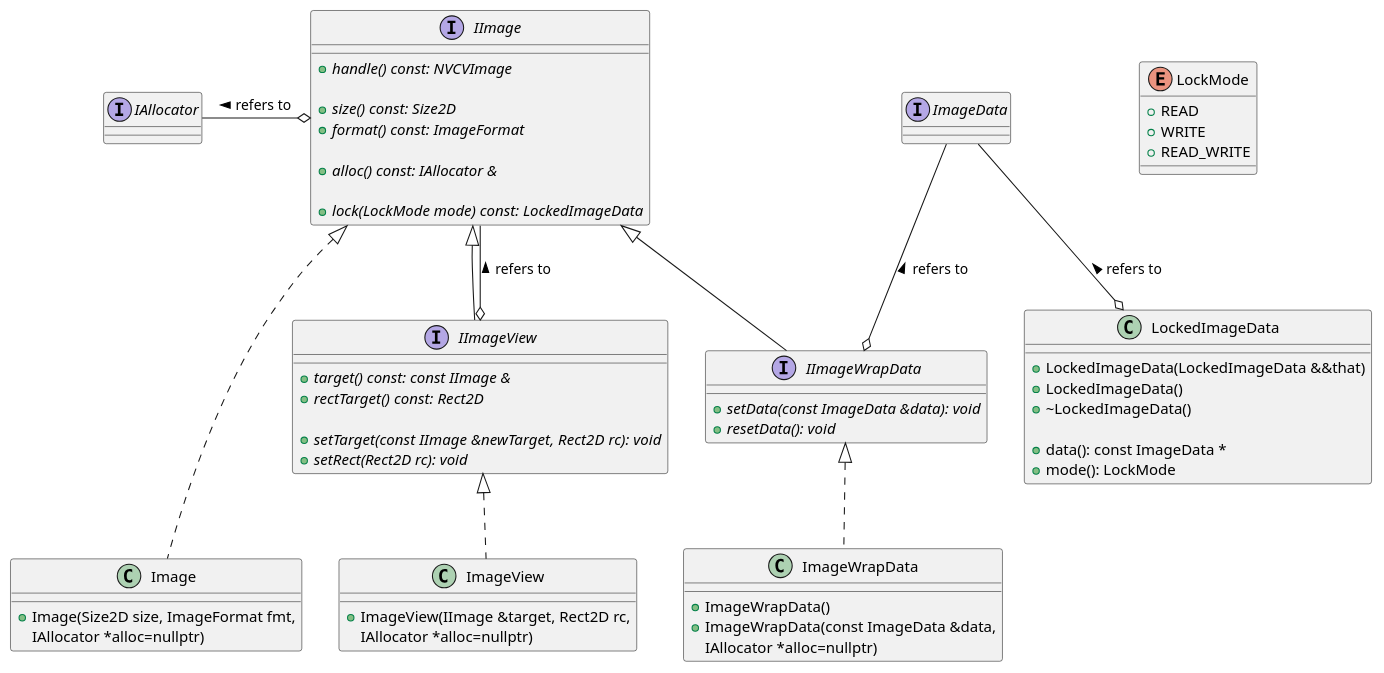
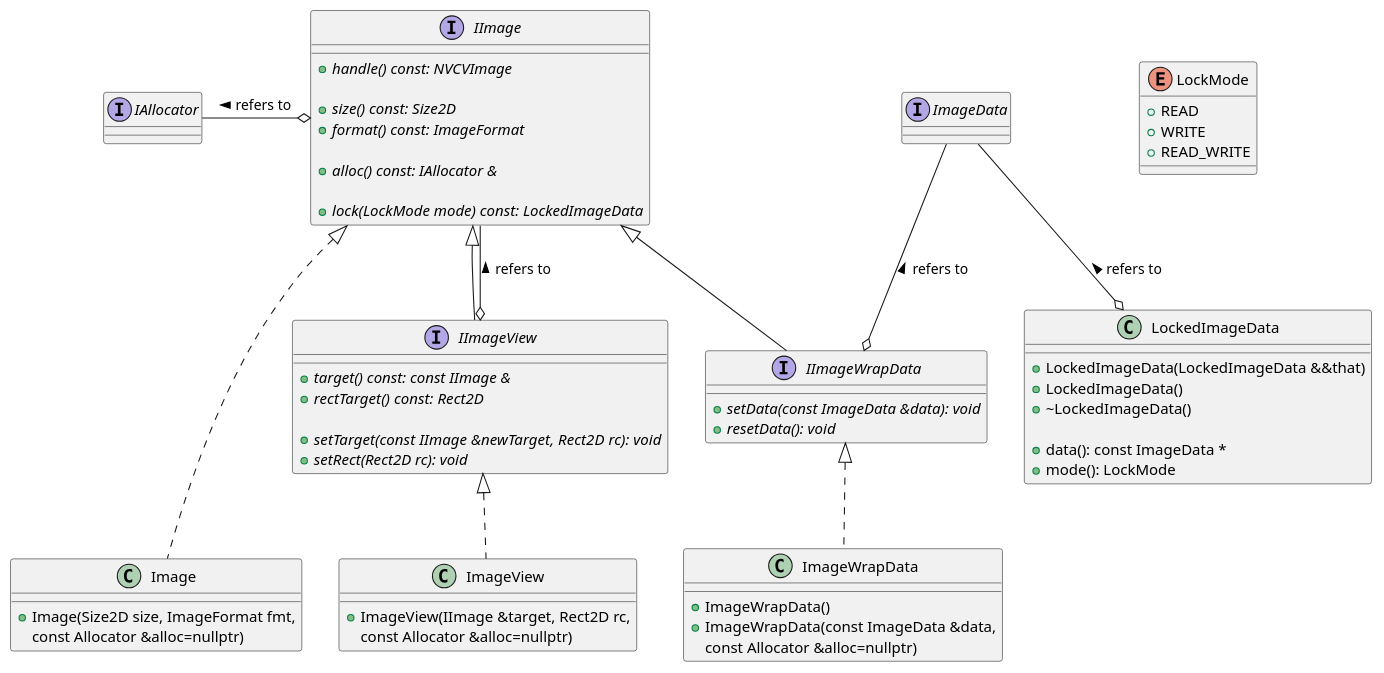
Before and after one commit to JanuszL/CV-CUDA: the diagram in docs/design/image_future_classes.puml, drawn with PlantUML. The commit also changed 53 other files, not shown here.

```diff
--- a/docs/design/image_future_classes.puml
+++ b/docs/design/image_future_classes.puml
@@ -13,86 +13,86 @@
 @startuml
 
 interface IAllocator
 
 interface ImageData
 
 enum LockMode
 {
     + READ
     + WRITE
     + READ_WRITE
 }
 
 class LockedImageData
 {
     + LockedImageData(LockedImageData &&that)
     + LockedImageData()
     + ~LockedImageData()
 
     + data(): const ImageData *
     + mode(): LockMode
 }
 
 LockMode -[hidden]- LockedImageData
 
 interface IImage
 {
     + {abstract} handle() const: NVCVImage
 
     + {abstract} size() const: Size2D
     + {abstract} format() const: ImageFormat
 
     + {abstract} alloc() const: IAllocator &
 
     + {abstract} lock(LockMode mode) const: LockedImageData
 }
 
 ImageData --o LockedImageData: refers to <
 
 IAllocator -right-o IImage: refers to <
 
 interface IImageWrapData extends IImage
 {
     + {abstract} setData(const ImageData &data): void
     + {abstract} resetData(): void
 }
 
 ImageData -down-o IImageWrapData: refers to <
 
 interface IImageView
 {
     + {abstract} target() const: const IImage &
     + {abstract} rectTarget() const: Rect2D
 
     + {abstract} setTarget(const IImage &newTarget, Rect2D rc): void
     + {abstract} setRect(Rect2D rc): void
 }
 IImage <|-down- IImageView
 IImage --o IImageView: refers to <
 
 IImageView -[hidden]right- ImageWrapData
 
 together {
 
 class Image implements IImage
 {
     + Image(Size2D size, ImageFormat fmt,
-            IAllocator *alloc=nullptr)
+            const Allocator &alloc=nullptr)
 }
 
 class ImageView implements IImageView
 {
     + ImageView(IImage &target, Rect2D rc,
-                IAllocator *alloc=nullptr)
+                const Allocator &alloc=nullptr)
 }
 
 class ImageWrapData implements IImageWrapData
 {
     + ImageWrapData()
     + ImageWrapData(const ImageData &data,
-                    IAllocator *alloc=nullptr)
+                    const Allocator &alloc=nullptr)
 }
 
 }
 
 @enduml
```
